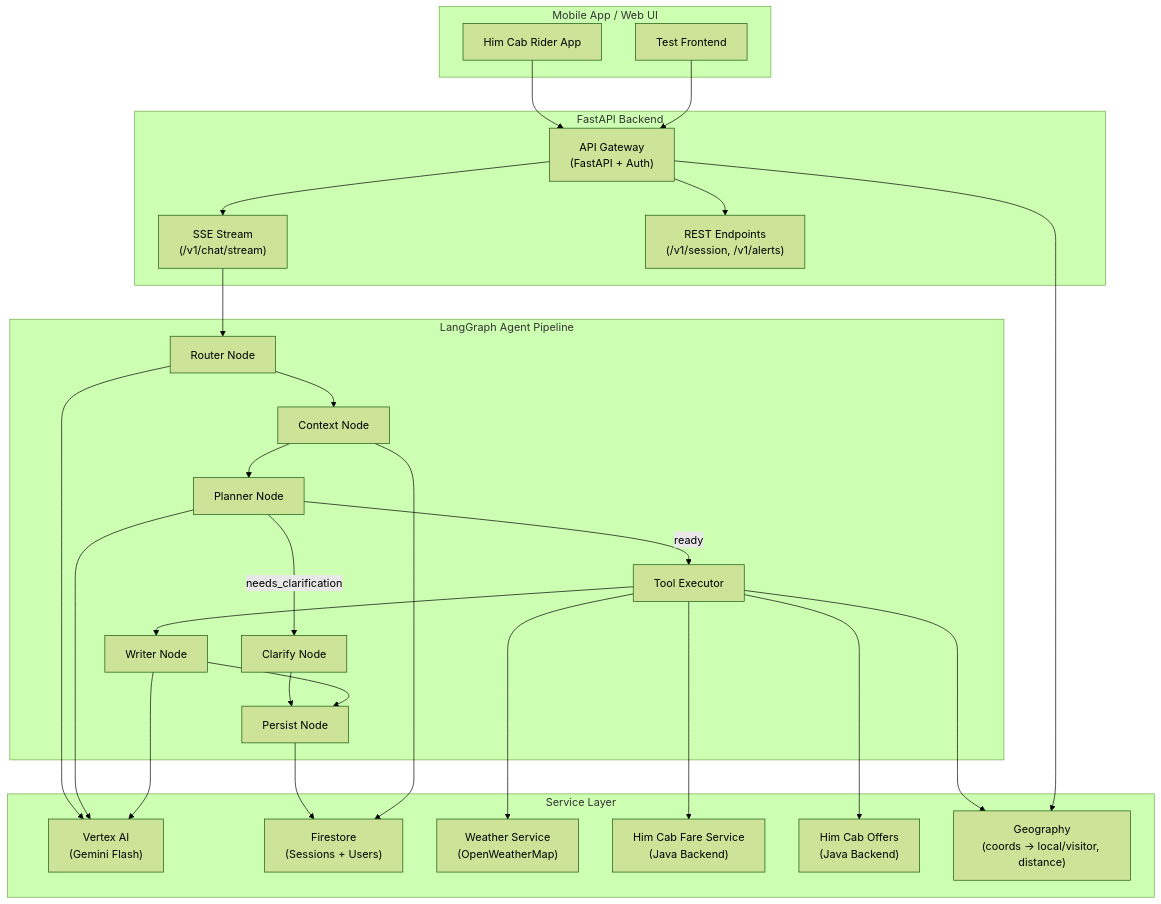
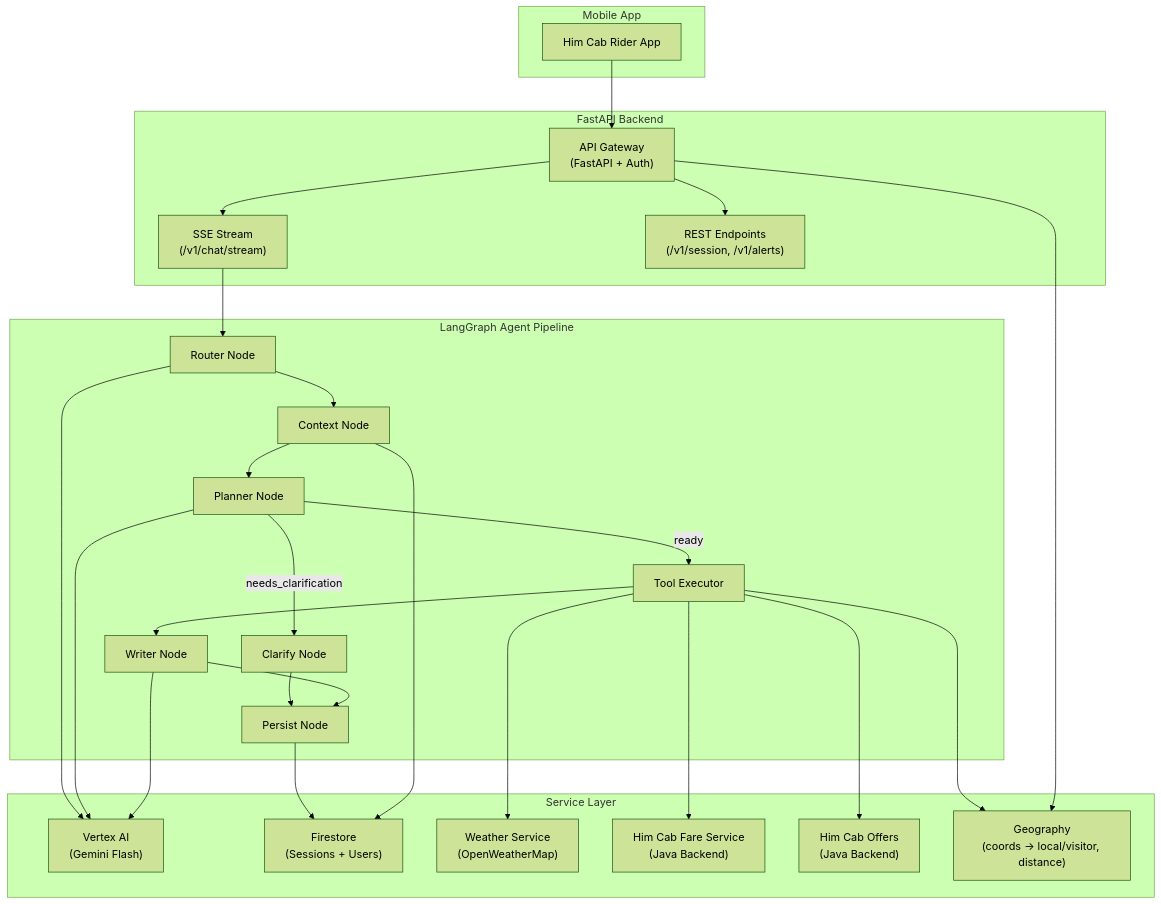
Before and after one commit to immersivedata-ai/HimCab_chatbot: the first of 3 diagrams in docs/architecture.md, drawn with Mermaid (forest theme). The commit also changed other lines of this file and 109 other files, not shown here.

````diff
--- a/docs/architecture.md
+++ b/docs/architecture.md
@@ -11,51 +11,49 @@
 ```mermaid
 graph TB
-    subgraph Client["Mobile App / Web UI"]
+    subgraph Client["Mobile App"]
         APP["Him Cab Rider App"]
-        WEB["Test Frontend"]
     end
 
     subgraph API["FastAPI Backend"]
         GW["API Gateway<br/>(FastAPI + Auth)"]
         SSE["SSE Stream<br/>(/v1/chat/stream)"]
         REST["REST Endpoints<br/>(/v1/session, /v1/alerts)"]
     end
 
     subgraph Agent["LangGraph Agent Pipeline"]
         R["Router Node"]
         CTX["Context Node"]
         P["Planner Node"]
         TE["Tool Executor"]
         W["Writer Node"]
         PS["Persist Node"]
         CL["Clarify Node"]
     end
 
     subgraph Services["Service Layer"]
         VAI["Vertex AI<br/>(Gemini Flash)"]
         FS["Firestore<br/>(Sessions + Users)"]
         WS["Weather Service<br/>(OpenWeatherMap)"]
         FARE["Him Cab Fare Service<br/>(Java Backend)"]
         OFF["Him Cab Offers<br/>(Java Backend)"]
         GEO["Geography<br/>(coords → local/visitor, distance)"]
     end
 
     APP --> GW
-    WEB --> GW
     GW --> SSE
     GW --> REST
     SSE --> R
     R --> CTX --> P
     P -->|needs_clarification| CL --> PS
     P -->|ready| TE --> W --> PS
     TE --> WS
     TE --> GEO
     TE --> FARE
     TE --> OFF
     GW --> GEO
     R --> VAI
     P --> VAI
     W --> VAI
     PS --> FS
     CTX --> FS
 ```
````
